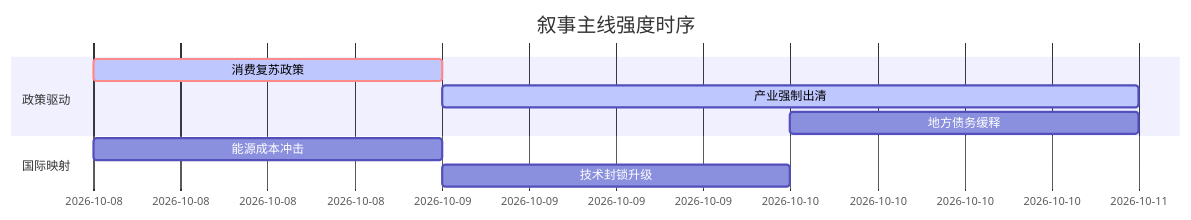
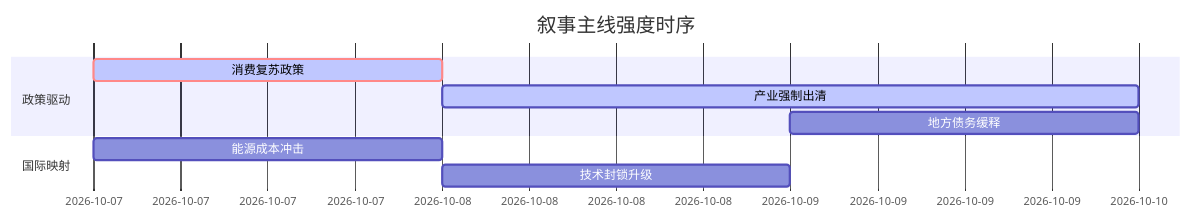
The diagram in 5day_report.md (uu5zn/uu5zn.github.io), drawn with Mermaid before and after one commit. The commit also changed other lines of this file and 23 other files, not shown here.

````diff
--- a/5day_report.md
+++ b/5day_report.md
@@ -56,13 +52,13 @@
 ```mermaid
 gantt
     title 叙事主线强度时序
     dateFormat  YYYY-MM-DD
     section 政策驱动
-    消费复苏政策   :crit, active, 2026-10-08, 1d
-    产业强制出清   :active, 2026-10-09, 2d
-    地方债务缓释   :2026-10-10, 1d
+    消费复苏政策   :crit, active, 2026-10-07, 1d
+    产业强制出清   :active, 2026-10-08, 2d
+    地方债务缓释   :2026-10-09, 1d
     
     section 国际映射
-    能源成本冲击   :2026-10-08, 1d
-    技术封锁升级   :2026-10-09, 1d
+    能源成本冲击   :2026-10-07, 1d
+    技术封锁升级   :2026-10-08, 1d
 ```
````
